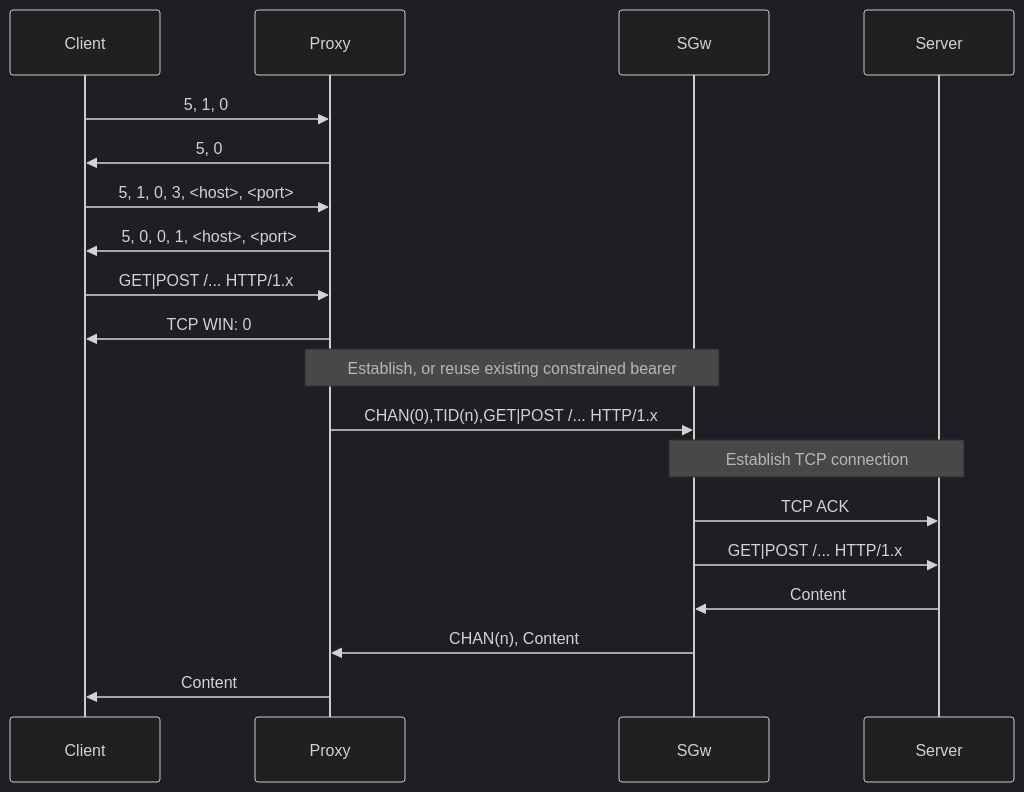
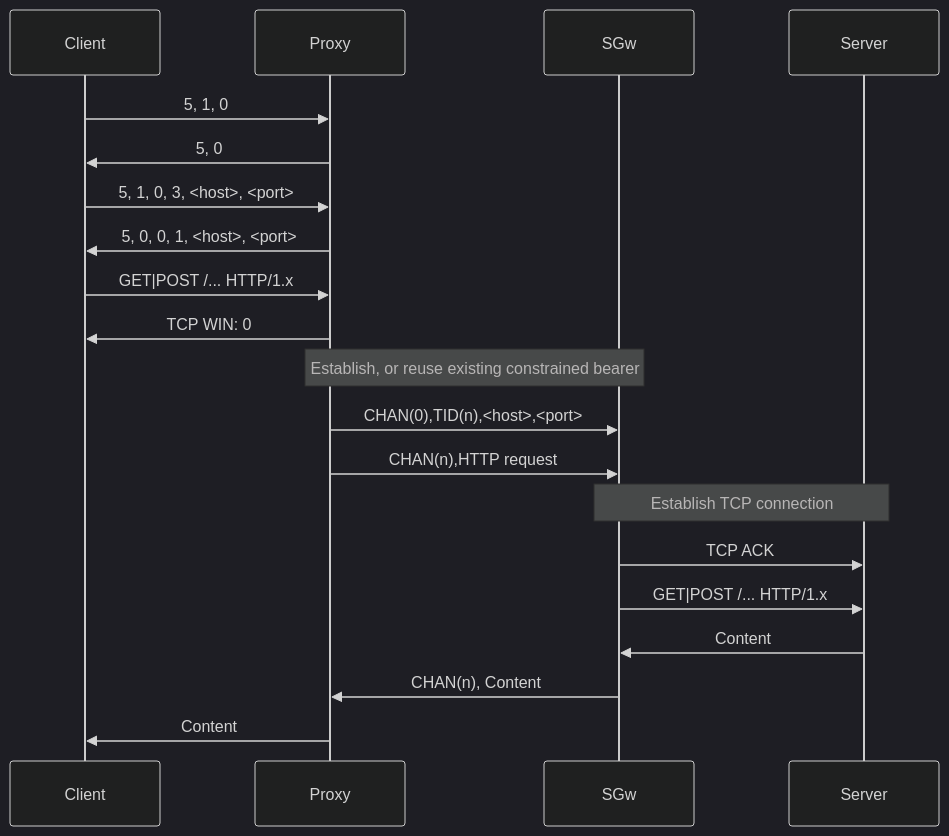
Before and after one commit to dscp46/sockspeppet: the second of 2 diagrams in README.md, drawn with Mermaid (dark theme). The commit also changed other lines of this file, not shown here.

````diff
--- a/README.md
+++ b/README.md
@@ -30,17 +30,18 @@
 ```mermaid
 sequenceDiagram
     Client->>Proxy: 5, 1, 0
     Proxy->>Client: 5, 0
     Client->>Proxy: 5, 1, 0, 3, <host>, <port>
     Proxy->>Client: 5, 0, 0, 1, <host>, <port>
     Client->>Proxy: GET|POST /... HTTP/1.x
     Proxy->>Client: TCP WIN: 0
     Note over Proxy,SGw: Establish, or reuse existing constrained bearer
-    Proxy->>SGw: CHAN(0),TID(n),GET|POST /... HTTP/1.x
+    Proxy->>SGw: CHAN(0),TID(n),<host>,<port>
+    Proxy->>SGw: CHAN(n),HTTP request
     Note over SGw,Server: Establish TCP connection
     SGw->>Server: TCP ACK
     SGw->>Server: GET|POST /... HTTP/1.x
     Server->>SGw: Content
     SGw->>Proxy: CHAN(n), Content
     Proxy->>Client: Content
 ```
````
